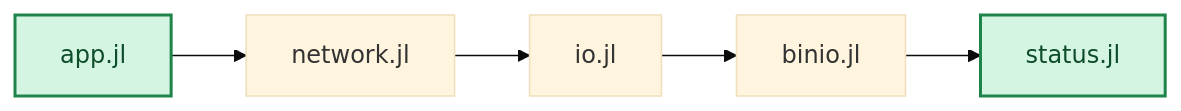
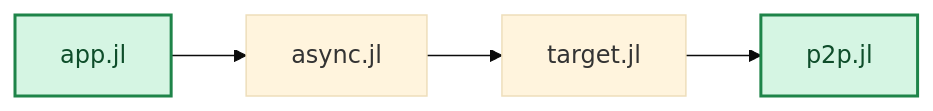
One commit to PassByYou888/LingoFuse changed diagram 27 of 29 in julia/README.md. Above: the diagram before and after it, drawn with Mermaid (base theme). The commit also changed other lines of this file and 41 other files, not shown here.

````diff
--- a/julia/README.md
+++ b/julia/README.md
@@ -1124,10 +1457,9 @@
 ```mermaid
 flowchart LR
-    H["app.jl"] --> I["network.jl"]
-    I --> J["io.jl"]
-    J --> K["binio.jl"]
-    K --> L["status.jl"]
+    J["app.jl"] --> K["async.jl"]
+    K --> L["target.jl"]
+    L --> M["p2p.jl"]
 
-    style H fill:#D5F5E3,stroke:#1E8449,stroke-width:2px,color:#0E4D2A
-    style L fill:#D5F5E3,stroke:#1E8449,stroke-width:2px,color:#0E4D2A
+    style J fill:#D5F5E3,stroke:#1E8449,stroke-width:2px,color:#0E4D2A
+    style M fill:#D5F5E3,stroke:#1E8449,stroke-width:2px,color:#0E4D2A
 ```
````
